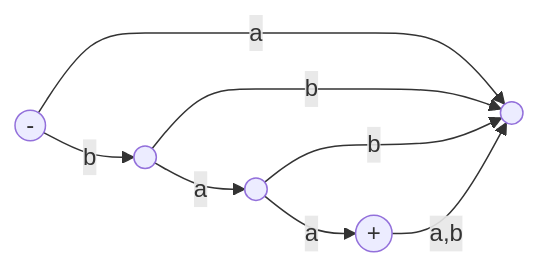
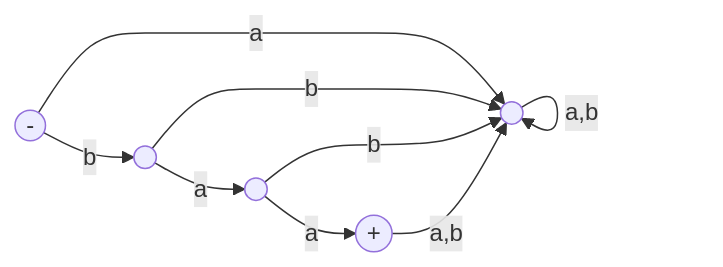
One commit to ufidon/ct changed diagram 15 of 26 in mod1/fa.md. Above: the diagram before and after it, drawn with Mermaid.

````diff
--- a/mod1/fa.md
+++ b/mod1/fa.md
@@ -289,13 +289,14 @@
 ```mermaid
 flowchart LR
   q1(("-"))
   q4(("+"))
   d((" "))
   q1-->|b|q2((" "))
   q2-->|a|q3((" "))
   q3-->|a|q4
   q1-->|a|d
   q2-->|b|d
   q3-->|b|d
   q4-->|"a,b"|d
+  d-->|"a,b"|d
 ```
````
